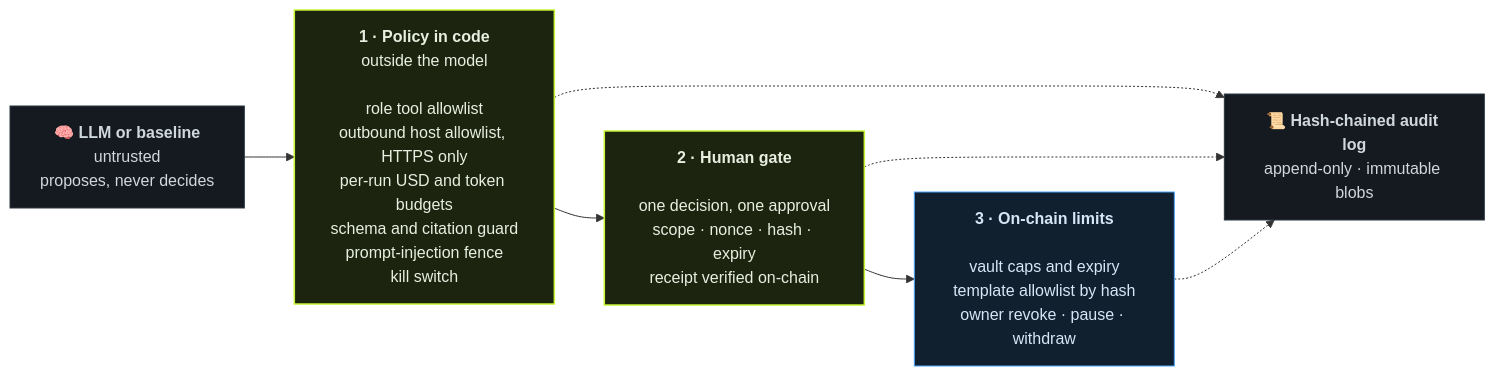
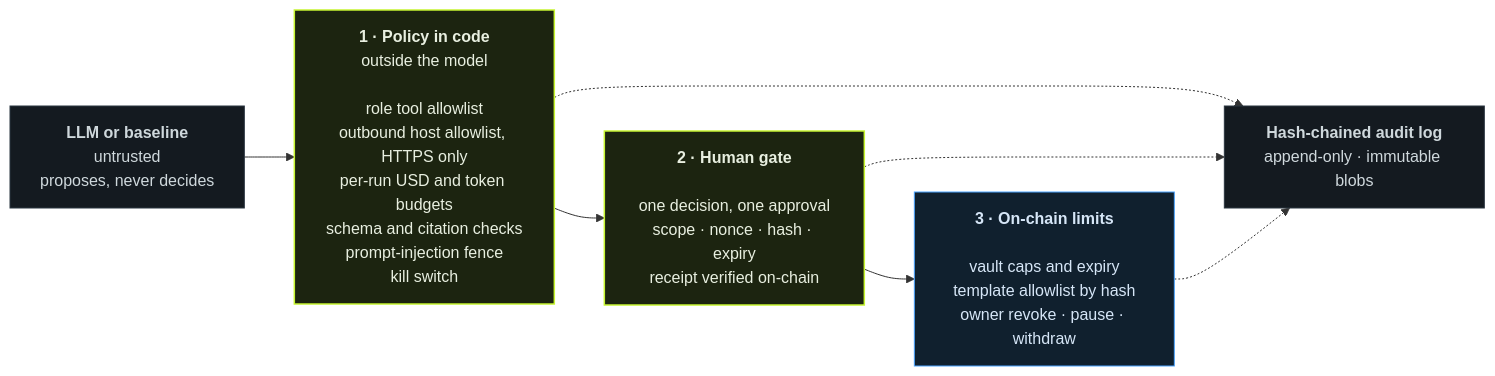
One commit to johnnyduo/autonear changed the third of 3 diagrams in README.md. Above: the diagram before and after it, drawn with Mermaid. The commit also changed other lines of this file and 29 other files, not shown here.

````diff
--- a/README.md
+++ b/README.md
@@ -152,15 +187,15 @@
 ```mermaid
 flowchart LR
     classDef l fill:#141a20,stroke:#2b3640,color:#cfd8dc
     classDef k fill:#1c2410,stroke:#c6f432,color:#e8efe0,stroke-width:1.5px
     classDef c fill:#10202e,stroke:#4aa3ff,color:#d6e6f7
 
-    LLM["🧠 <b>LLM or baseline</b><br/>untrusted<br/>proposes, never decides"]:::l
-    L1["<b>1 · Policy in code</b><br/>outside the model<br/><br/>role tool allowlist<br/>outbound host allowlist, HTTPS only<br/>per-run USD and token budgets<br/>schema and citation guard<br/>prompt-injection fence<br/>kill switch"]:::k
+    LLM["<b>LLM or baseline</b><br/>untrusted<br/>proposes, never decides"]:::l
+    L1["<b>1 · Policy in code</b><br/>outside the model<br/><br/>role tool allowlist<br/>outbound host allowlist, HTTPS only<br/>per-run USD and token budgets<br/>schema and citation checks<br/>prompt-injection fence<br/>kill switch"]:::k
     L2["<b>2 · Human gate</b><br/><br/>one decision, one approval<br/>scope · nonce · hash · expiry<br/>receipt verified on-chain"]:::k
     L3["<b>3 · On-chain limits</b><br/><br/>vault caps and expiry<br/>template allowlist by hash<br/>owner revoke · pause · withdraw"]:::c
-    AUD["📜 <b>Hash-chained audit log</b><br/>append-only · immutable blobs"]:::l
+    AUD["<b>Hash-chained audit log</b><br/>append-only · immutable blobs"]:::l
 
     LLM --> L1 --> L2 --> L3
     L1 & L2 & L3 -.-> AUD
 ```
````
